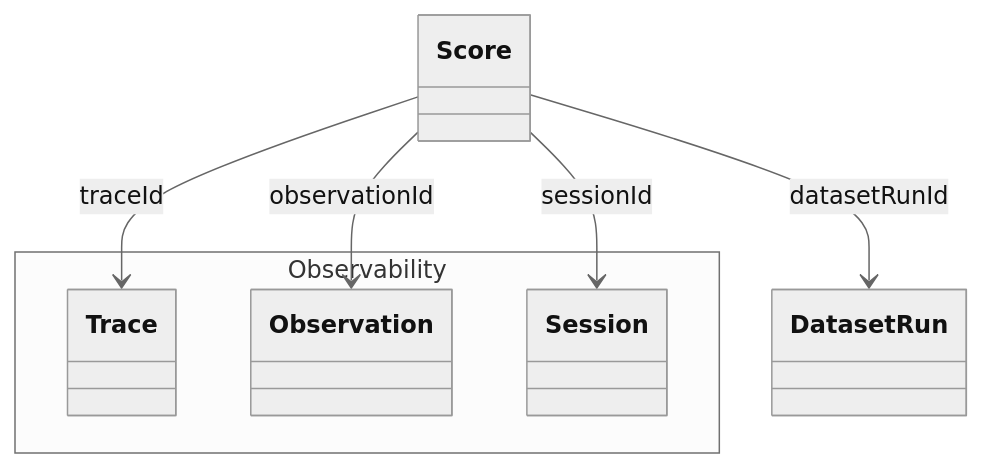
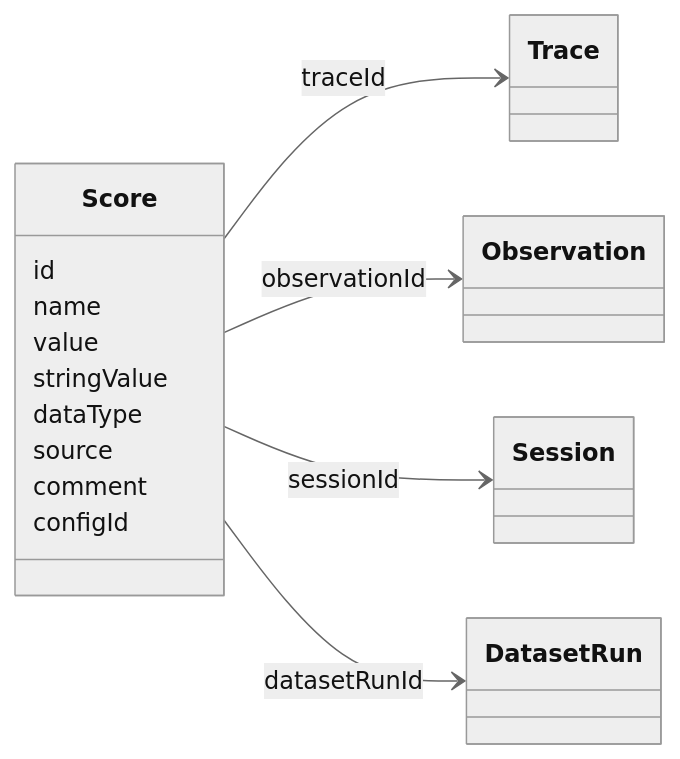
One commit to roboalchemist/llm-code-docs changed the third of 5 diagrams in docs/llms-txt/langfuse/data-model.md. Above: the diagram before and after it, drawn with Mermaid (neutral theme). The commit also changed other lines of this file and 27893 other files, not shown here.

````diff
--- a/docs/llms-txt/langfuse/data-model.md
+++ b/docs/llms-txt/langfuse/data-model.md
@@ -61,12 +155,19 @@
 ```mermaid
 classDiagram
-  namespace Observability {
-    class Trace
-    class Observation
-    class Session
-  }
-  Score --> Session: sessionId
-  Score --> DatasetRun: datasetRunId
-  Score --> Trace: traceId
-  Score --> Observation: observationId
+direction LR
+    class Score {
+        id
+        name
+        value
+        stringValue
+        dataType
+        source
+        comment
+        configId
+    }
+
+    Score --> Trace: traceId
+    Score --> Observation: observationId
+    Score --> Session: sessionId
+    Score --> DatasetRun: datasetRunId
 ```
````
